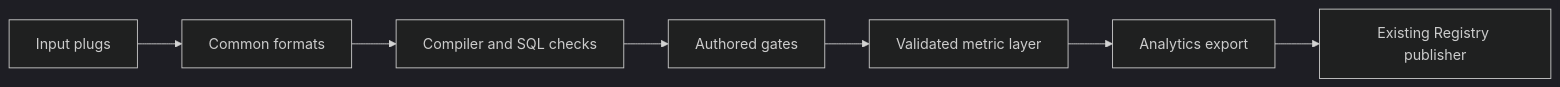
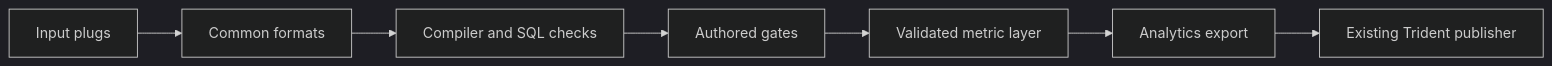
The diagram in plugins/atlanai-analytics/skills/metrics-generation/modules/metrics/engine/PIPELINE.md (atlanai/atlan-plugins), drawn with Mermaid (dark theme) before and after one commit. The commit also changed other lines of this file and 92 other files, not shown here.

````diff
--- a/plugins/atlanai-analytics/skills/metrics-generation/modules/metrics/engine/PIPELINE.md
+++ b/plugins/atlanai-analytics/skills/metrics-generation/modules/metrics/engine/PIPELINE.md
@@ -47,9 +47,9 @@
 ```mermaid
 flowchart LR
     A["Input plugs"] --> B["Common formats"]
     B --> C["Compiler and SQL checks"]
     C --> D["Authored gates"]
     D --> E["Validated metric layer"]
     E --> F["Analytics export"]
-    F --> G["Existing Registry publisher"]
+    F --> G["Existing Trident publisher"]
 ```
````
